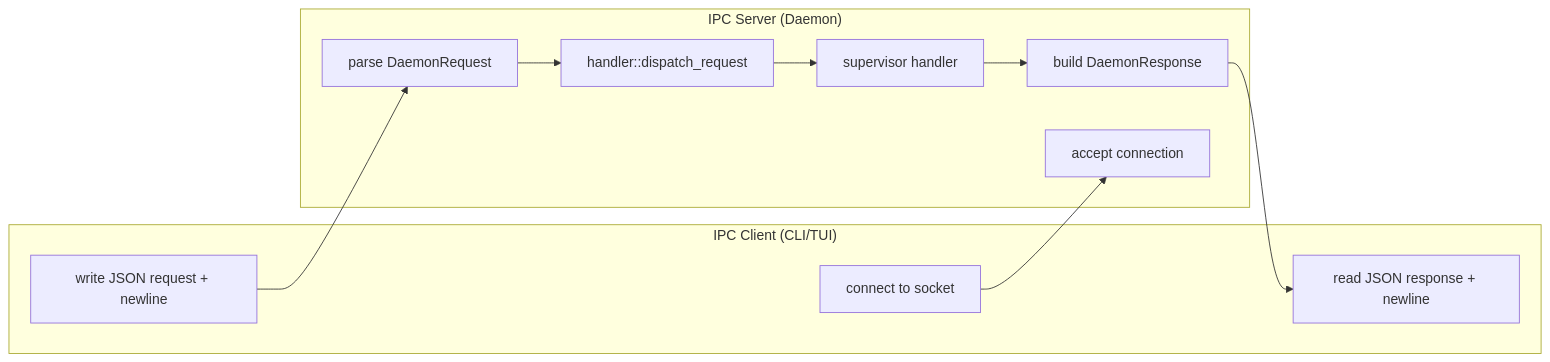
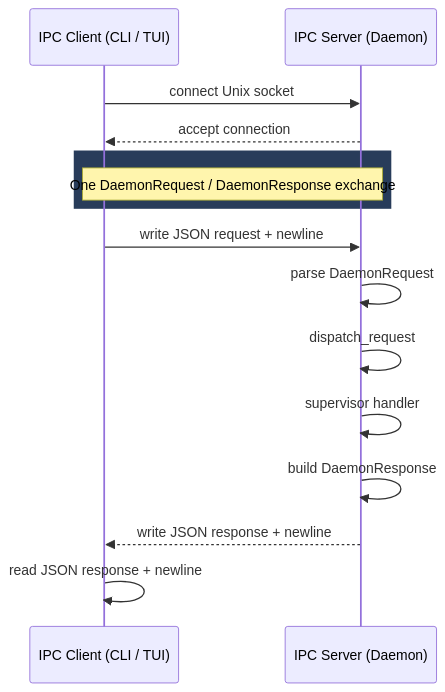
Before and after one commit to mhyrzt/xrat: the fourth of 7 diagrams in docs/src/06-architecture/daemon-architecture.md, drawn with Mermaid. The commit also changed 2 other files, not shown here.

Commit message:
refactor(docs): improve and fix architecture mermaid diagrams
- test-pipeline.md: fix Failure Classification diagram (the
  'Kind | Kind' inside [...] is a Mermaid syntax error) and switch
  to the snake_case form stored in connection_tests.failure_kind via
  FailureKind::as_str, which is the canonical wire value.
- module-structure.md: drop the 13 single-node subgraphs in favour of
  classDef-coloured nodes in a left-to-right layout, making the
  module dependency graph roughly half the height without losing any
  edges.
- daemon-architecture.md: convert the IPC client/server graph to a
  sequence diagram so the wire crossing and request/response flow
  read naturally instead of being implied by arbitrary arrows.

````diff
--- a/docs/src/06-architecture/daemon-architecture.md
+++ b/docs/src/06-architecture/daemon-architecture.md
@@ -119,23 +119,20 @@
 ```mermaid
-graph LR
-    subgraph Client["IPC Client (CLI/TUI)"]
-        CONN[connect to socket]
-        WRITE[write JSON request + newline]
-        READ[read JSON response + newline]
+sequenceDiagram
+    participant C as IPC Client (CLI / TUI)
+    participant S as IPC Server (Daemon)
+
+    C->>S: connect Unix socket
+    S-->>C: accept connection
+
+    rect rgb(40, 60, 90)
+        Note over C,S: One DaemonRequest / DaemonResponse exchange
     end
 
-    subgraph Server["IPC Server (Daemon)"]
-        ACCEPT[accept connection]
-        PARSE[parse DaemonRequest]
-        DISPATCH[handler::dispatch_request]
-        HANDLE[supervisor handler]
-        RESP[build DaemonResponse]
-    end
-
-    CONN --> ACCEPT
-    WRITE --> PARSE
-    PARSE --> DISPATCH
-    DISPATCH --> HANDLE
-    HANDLE --> RESP
-    RESP --> READ
+    C->>S: write JSON request + newline
+    S->>S: parse DaemonRequest
+    S->>S: dispatch_request
+    S->>S: supervisor handler
+    S->>S: build DaemonResponse
+    S-->>C: write JSON response + newline
+    C->>C: read JSON response + newline
 ```
````
